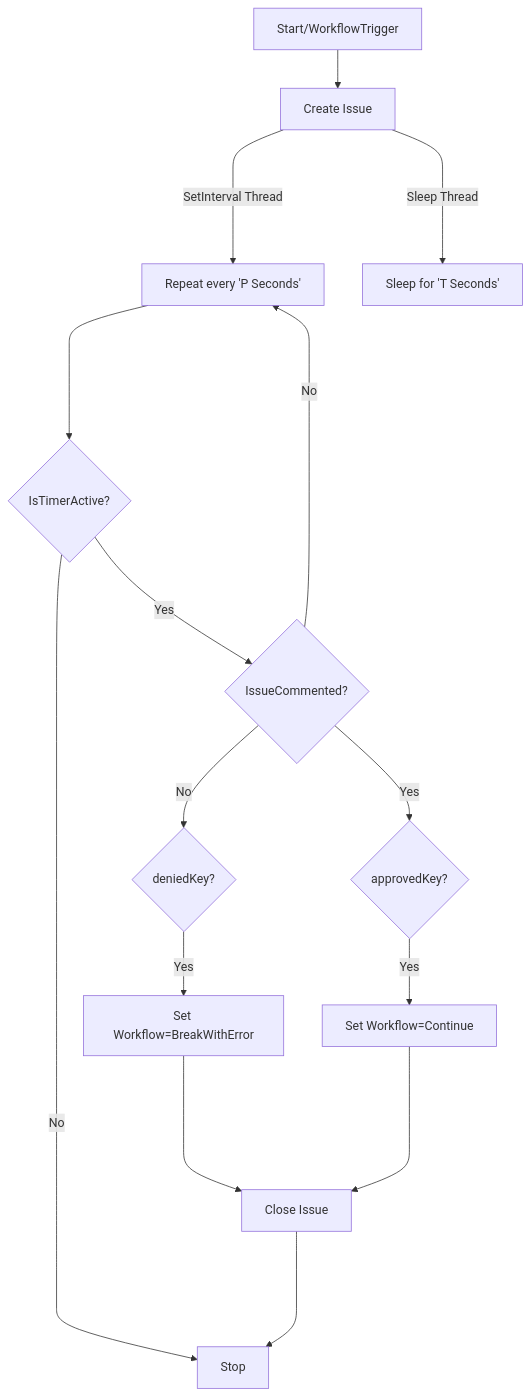
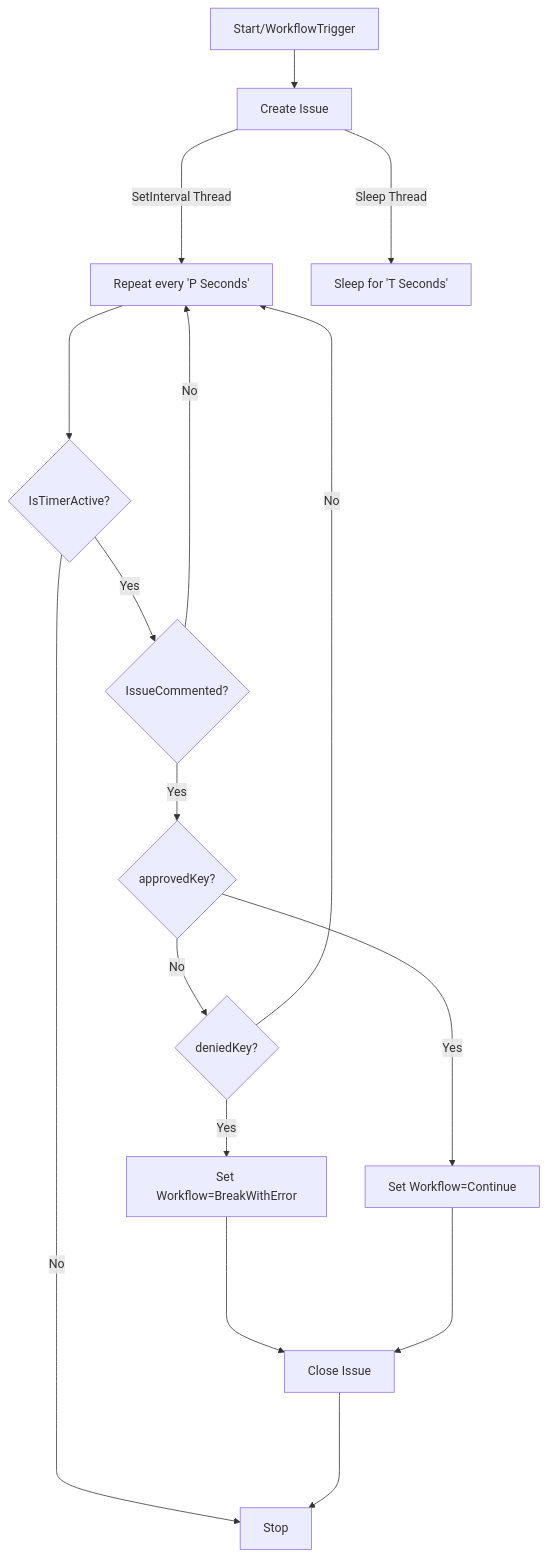
One commit to yog-labs/custom-starter-template changed the diagram in README.md. Above: the diagram before and after it, drawn with Mermaid.

````diff
--- a/README.md
+++ b/README.md
@@ -45,17 +45,18 @@
 ```mermaid
 flowchart TD
     A[Start/WorkflowTrigger] --> B[Create Issue];
     B ----> |SetInterval Thread| C[Repeat every 'P Seconds'];
     B ----> |Sleep Thread| D[Sleep for 'T Seconds'];
     C ----> E{IsTimerActive?};
     E -- Yes --> F{IssueCommented?}
     E -- No --> Stop[Stop]
     F -- No --> C
     F -- Yes --> G{approvedKey?}
-    F -- No --> J{deniedKey?}
+    G -- No --> J{deniedKey?}
     J -- Yes --> K[Set Workflow=BreakWithError]
+    J -- No --> C
     K ----> I[Close Issue]
     G -- Yes --> H[Set Workflow=Continue]
     H ---->  I[Close Issue]
     I ----> Stop[Stop]
 ```
````
